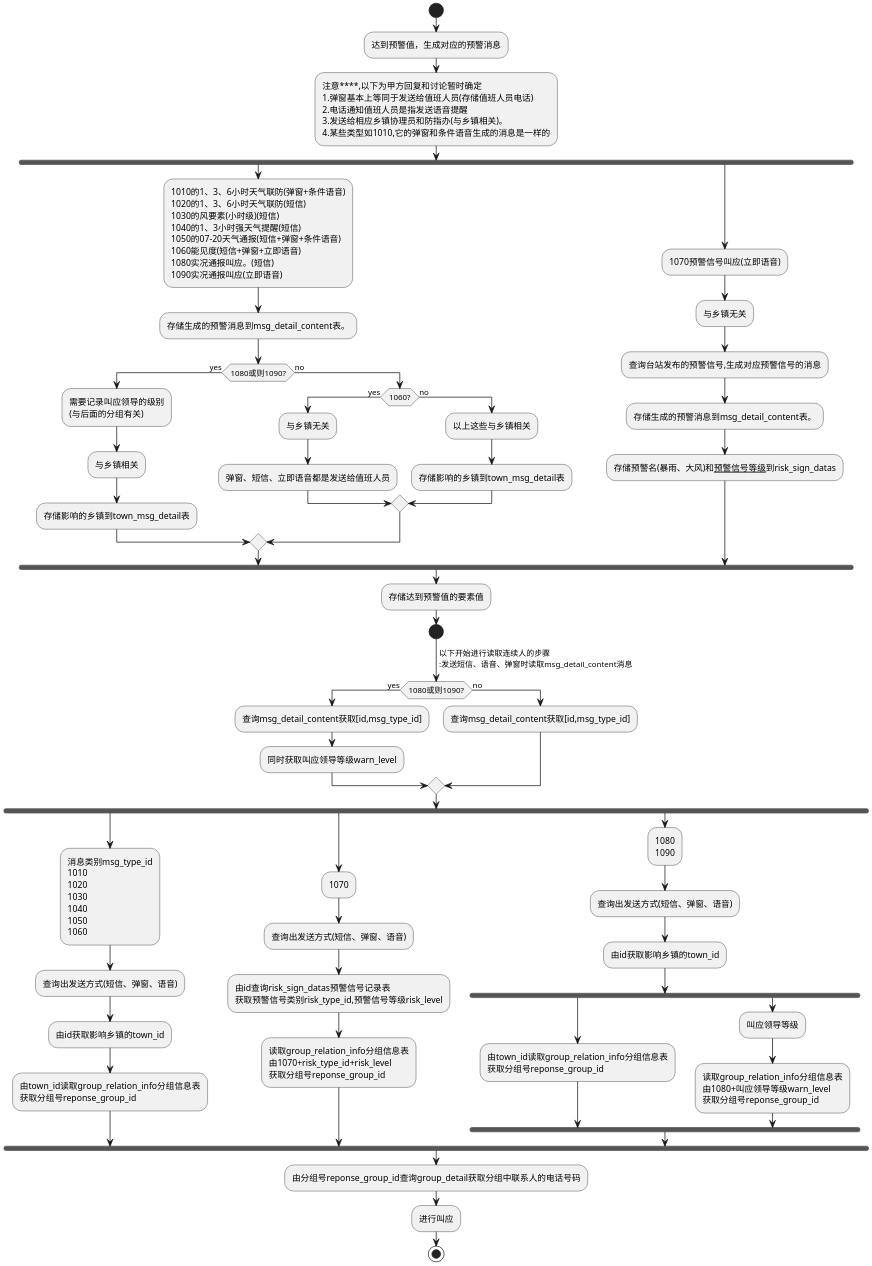
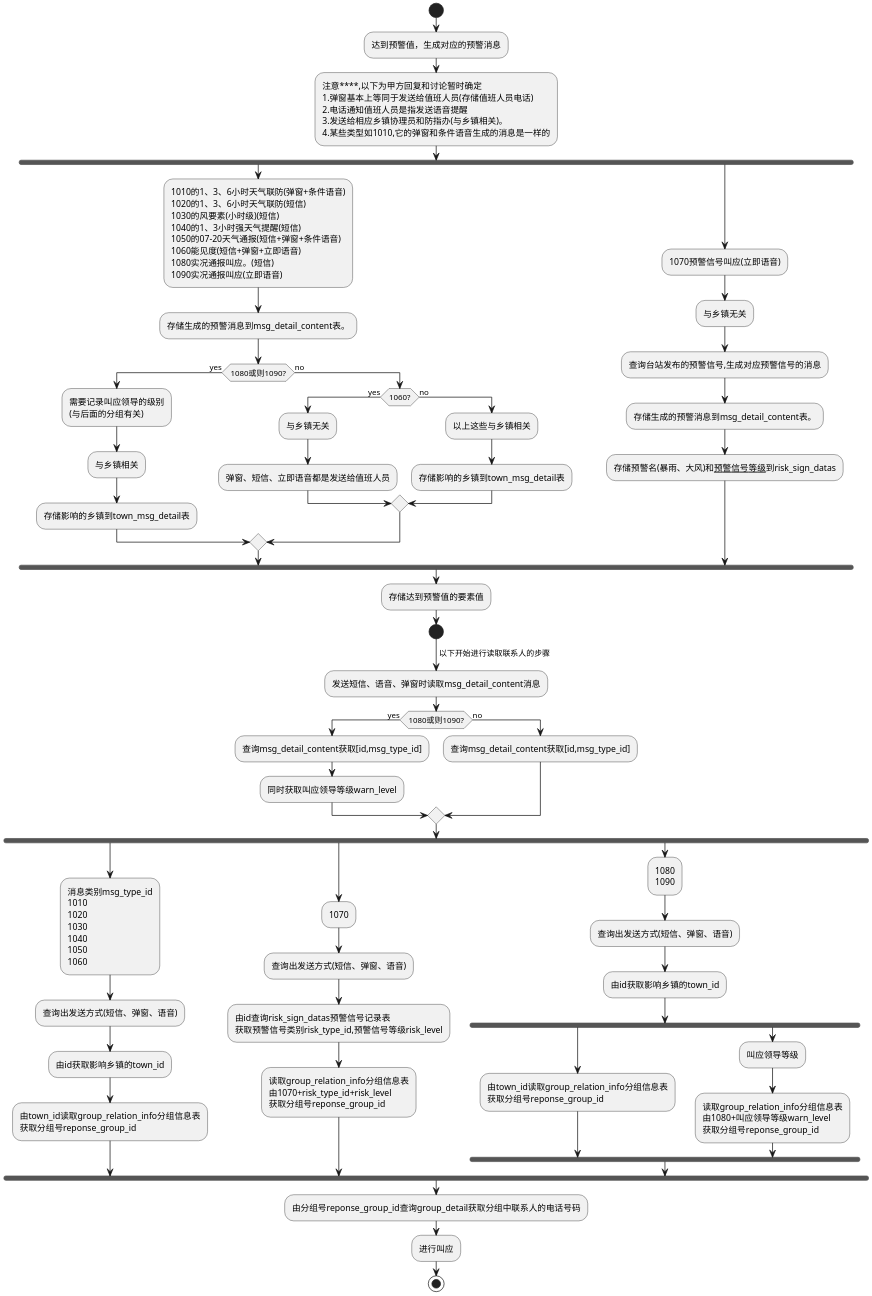
Before and after one commit to ks20180702/PraKS: the diagram in sphinx/uml/wuChengProcess.puml, drawn with PlantUML.

Commit message:
uml有个地方写错了

```diff
--- a/sphinx/uml/wuChengProcess.puml
+++ b/sphinx/uml/wuChengProcess.puml
@@ -1,89 +1,89 @@
 @startuml
 scale 2
 start
 :达到预警值，生成对应的预警消息;
 :注意****,以下为甲方回复和讨论暂时确定
 1.弹窗基本上等同于发送给值班人员(存储值班人员电话)
 2.电话通知值班人员是指发送语音提醒
 3.发送给相应乡镇协理员和防指办(与乡镇相关)。
 4.某些类型如1010,它的弹窗和条件语音生成的消息是一样的;
 fork
 :1010的1、3、6小时天气联防(弹窗+条件语音)
 1020的1、3、6小时天气联防(短信)
 1030的风要素(小时级)(短信)
 1040的1、3小时强天气提醒(短信)
 1050的07-20天气通报(短信+弹窗+条件语音)
 1060能见度(短信+弹窗+立即语音)
 1080实况通报叫应。(短信)
 1090实况通报叫应(立即语音);
 :存储生成的预警消息到msg_detail_content表。;
 if (1080或则1090?) then (yes)
     :需要记录叫应领导的级别
     (与后面的分组有关);
     :与乡镇相关;
     :存储影响的乡镇到town_msg_detail表;
 else (no)
     if (1060?) then (yes)
         :与乡镇无关;
         :弹窗、短信、立即语音都是发送给值班人员;
     else (no)
         :以上这些与乡镇相关;
         :存储影响的乡镇到town_msg_detail表;
     endif
 endif
 fork again
 :1070预警信号叫应(立即语音);
 :与乡镇无关;
 :查询台站发布的预警信号,生成对应预警信号的消息;
 :存储生成的预警消息到msg_detail_content表。;
 :存储预警名(暴雨、大风)和__预警信号等级__到risk_sign_datas;
 end fork
 :存储达到预警值的要素值;
 start
-->以下开始进行读取连续人的步骤
+->以下开始进行读取联系人的步骤;
 :发送短信、语音、弹窗时读取msg_detail_content消息;
 if (1080或则1090?) then (yes)
     :查询msg_detail_content获取[id,msg_type_id];
     :同时获取叫应领导等级warn_level;
 else (no)
     :查询msg_detail_content获取[id,msg_type_id];
 endif
 fork
 :消息类别msg_type_id
 1010
 1020
 1030
 1040
 1050
 1060;
 :查询出发送方式(短信、弹窗、语音);
 :由id获取影响乡镇的town_id;
 :由town_id读取group_relation_info分组信息表
 获取分组号reponse_group_id;
 fork again
 :1070;
 :查询出发送方式(短信、弹窗、语音);
 :由id查询risk_sign_datas预警信号记录表
 获取预警信号类别risk_type_id,预警信号等级risk_level;
 :读取group_relation_info分组信息表
 由1070+risk_type_id+risk_level
 获取分组号reponse_group_id;
 fork again
 :1080
 1090;
 :查询出发送方式(短信、弹窗、语音);
 :由id获取影响乡镇的town_id;
     fork
         :由town_id读取group_relation_info分组信息表
         获取分组号reponse_group_id;
     fork again
         :叫应领导等级;
         :读取group_relation_info分组信息表
         由1080+叫应领导等级warn_level
         获取分组号reponse_group_id;
     end fork
 end fork
 :由分组号reponse_group_id查询group_detail获取分组中联系人的电话号码;
 :进行叫应;
 stop
 @enduml
```
